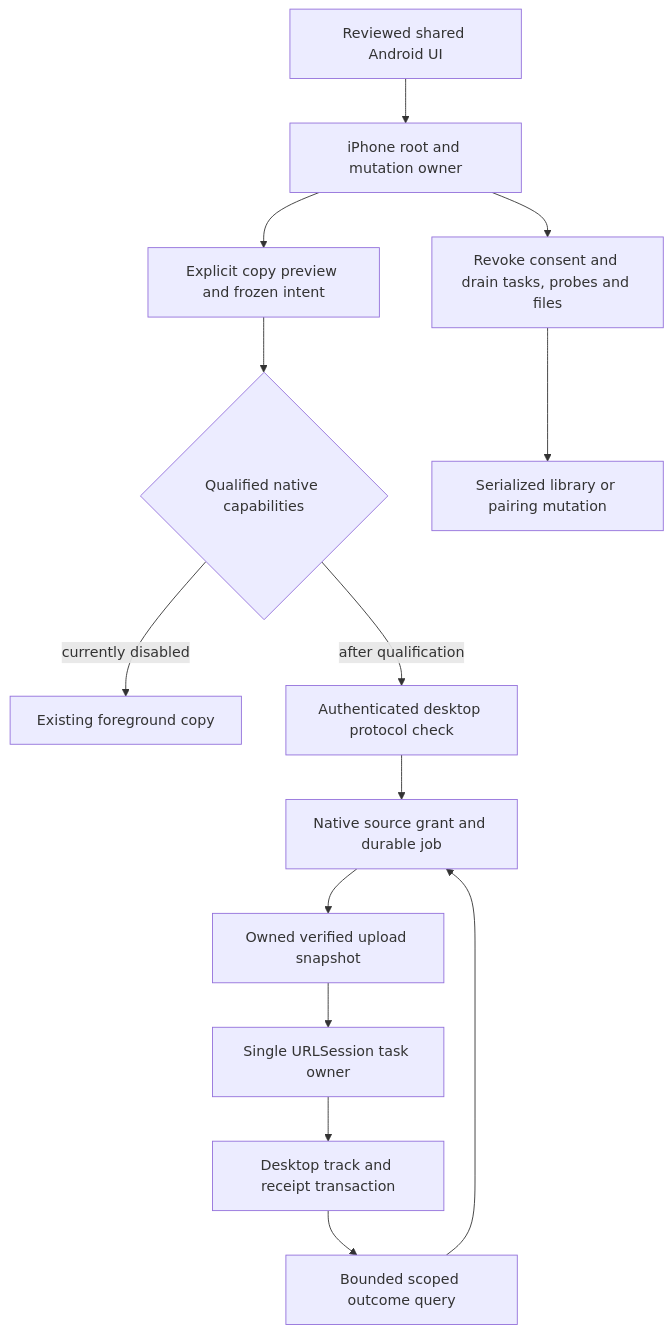
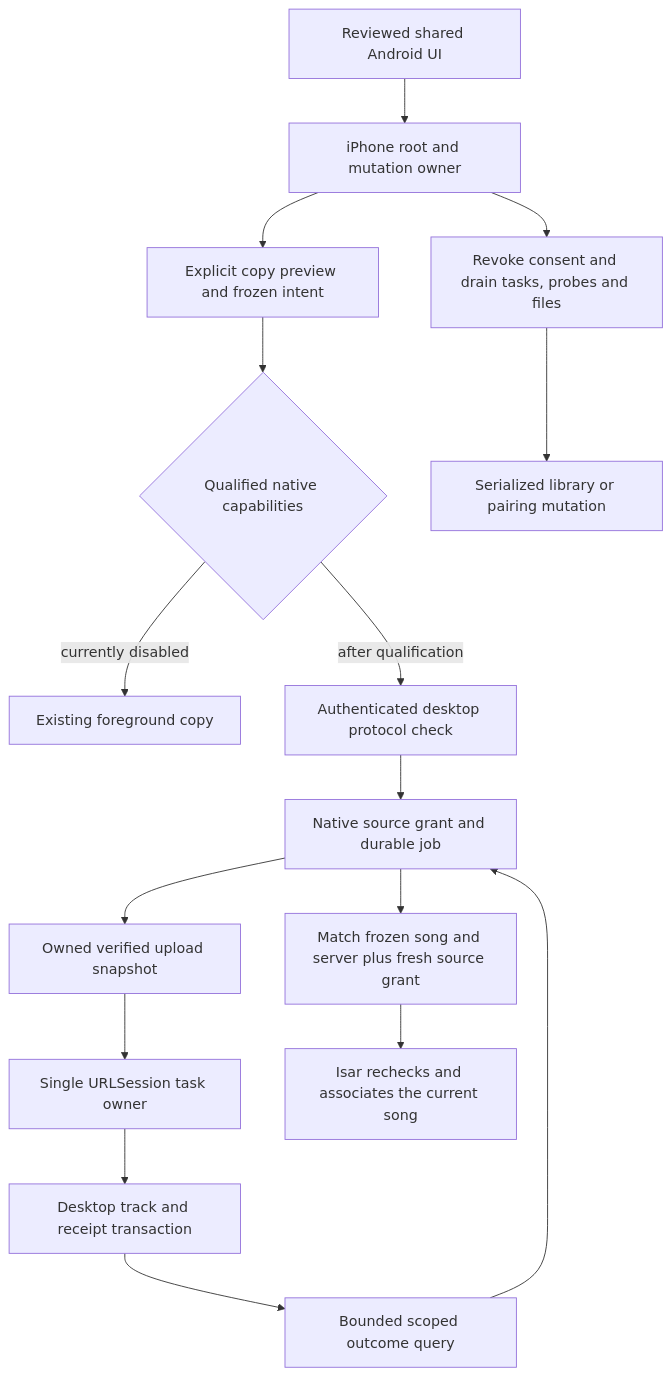
Before and after one commit to Mr-Rex69/Konnekted2: the diagram in docs/IOS_PARITY_20261105.md, drawn with Mermaid. The commit also changed other lines of this file and 12 other files, not shown here.

````diff
--- a/docs/IOS_PARITY_20261105.md
+++ b/docs/IOS_PARITY_20261105.md
@@ -41,16 +41,18 @@
 ```mermaid
 flowchart TD
   UI[Reviewed shared Android UI] --> Owner[iPhone root and mutation owner]
   Owner --> Preview[Explicit copy preview and frozen intent]
   Preview --> Gate{Qualified native capabilities}
   Gate -->|currently disabled| Foreground[Existing foreground copy]
   Gate -->|after qualification| Peer[Authenticated desktop protocol check]
   Peer --> Native[Native source grant and durable job]
   Native --> Snapshot[Owned verified upload snapshot]
   Snapshot --> Session[Single URLSession task owner]
   Session --> Desktop[Desktop track and receipt transaction]
   Desktop --> Status[Bounded scoped outcome query]
   Status --> Native
+  Native --> Binding[Match frozen song and server plus fresh source grant]
+  Binding --> Writer[Isar rechecks and associates the current song]
   Owner --> Retire[Revoke consent and drain tasks, probes and files]
   Retire --> Metadata[Serialized library or pairing mutation]
 ```
````
